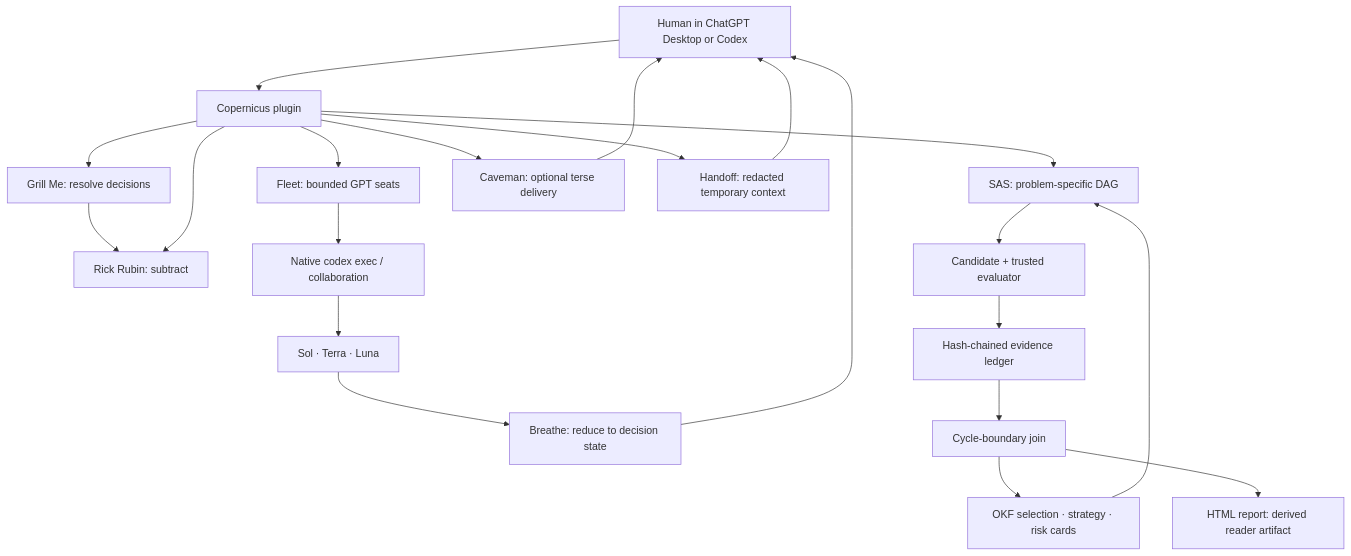
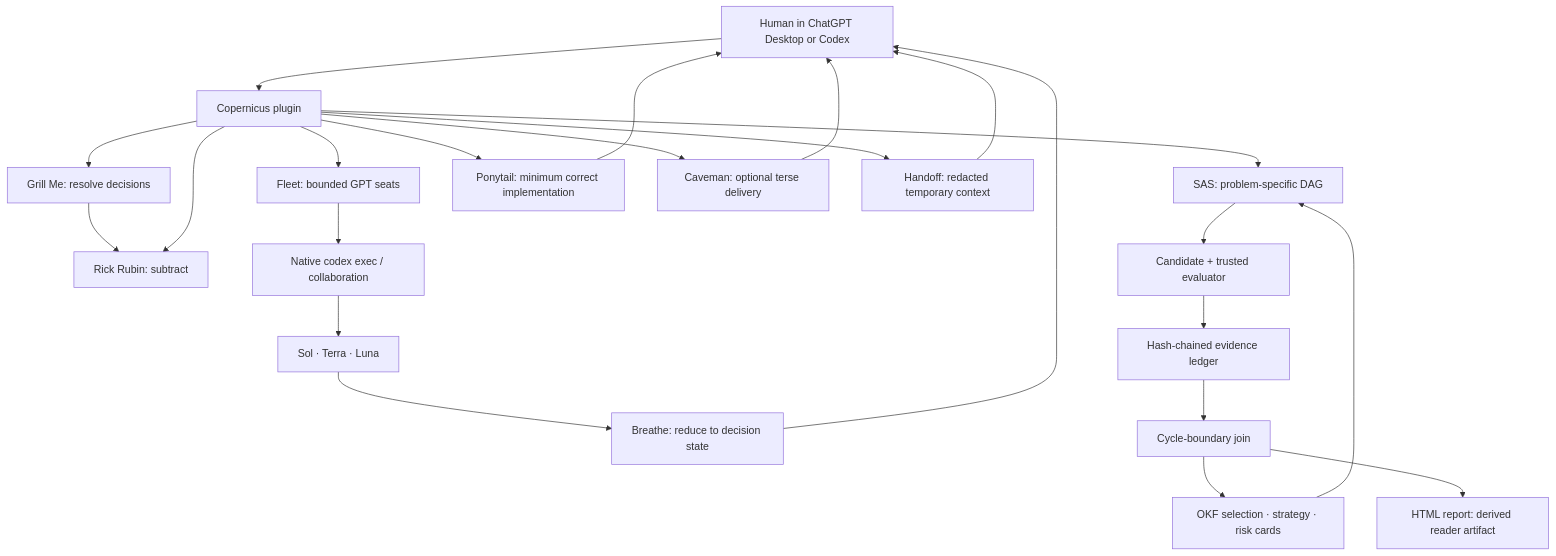
Before and after one commit to Babinci/copernicus: the diagram in docs/copernicus/architecture.md, drawn with Mermaid. The commit also changed other lines of this file and 9 other files, not shown here.

````diff
--- a/docs/copernicus/architecture.md
+++ b/docs/copernicus/architecture.md
@@ -14,23 +14,25 @@
 ```mermaid
 flowchart TD
     U["Human in ChatGPT Desktop or Codex"] --> P["Copernicus plugin"]
     P --> Q["Grill Me: resolve decisions"]
     Q --> R
     P --> R["Rick Rubin: subtract"]
     P --> F["Fleet: bounded GPT seats"]
     P --> S["SAS: problem-specific DAG"]
     F --> C["Native codex exec / collaboration"]
     C --> M["Sol · Terra · Luna"]
     M --> B["Breathe: reduce to decision state"]
     B --> U
     S --> G["Candidate + trusted evaluator"]
     G --> E["Hash-chained evidence ledger"]
     E --> J["Cycle-boundary join"]
     J --> O["OKF selection · strategy · risk cards"]
     J --> H["HTML report: derived reader artifact"]
     O --> S
+    P --> Y["Ponytail: minimum correct implementation"]
     P --> V["Caveman: optional terse delivery"]
     P --> T["Handoff: redacted temporary context"]
+    Y --> U
     V --> U
     T --> U
 ```
````
